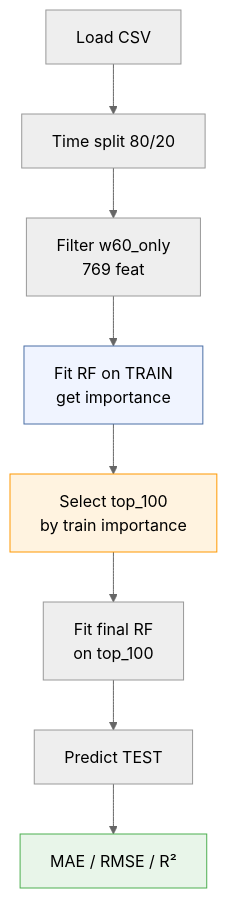
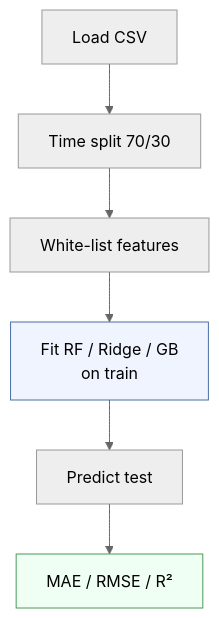
Before and after one commit to Misha-42/soda-ml-carbonation-control: the third of 7 diagrams in experiments/soda-ml-nir_targetB_v6/README.md, drawn with Mermaid (neutral theme). The commit also changed other lines of this file, not shown here.

````diff
--- a/experiments/soda-ml-nir_targetB_v6/README.md
+++ b/experiments/soda-ml-nir_targetB_v6/README.md
@@ -106,13 +130,10 @@
 ```mermaid
 graph TB
-    A[Load CSV] --> B[Time split 80/20]
-    B --> C[Filter w60_only<br/>769 feat]
-    C --> D[Fit RF on TRAIN<br/>get importance]
-    D --> E[Select top_100<br/>by train importance]
-    E --> F[Fit final RF<br/>on top_100]
-    F --> G[Predict TEST]
-    G --> H[MAE / RMSE / R²]
+    A[Load CSV] --> B[Time split 70/30]
+    B --> C[White-list features]
+    C --> D[Fit RF / Ridge / GB<br/>on train]
+    D --> E[Predict test]
+    E --> F[MAE / RMSE / R²]
     style D fill:#f0f4ff,stroke:#4a6fa5
-    style E fill:#fff3e0,stroke:#ff9800
-    style H fill:#e8f5e9,stroke:#4caf50
+    style F fill:#f0fff4,stroke:#4a9a5a
 ```
````
